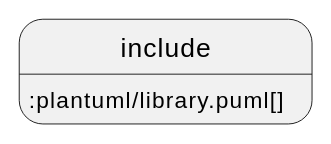
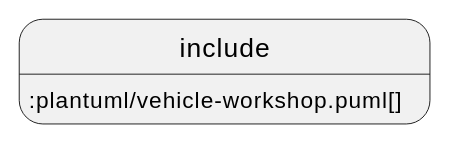
One commit to 2122-4ahif-nvs/01-microproject-markusremplbauer changed the diagram in asciidocs/index.adoc. Above: the diagram before and after it, drawn with PlantUML. The commit also changed 16 other files, not shown here.

Commit message:
update project to vehicle workshop

```diff
--- a/asciidocs/index.adoc
+++ b/asciidocs/index.adoc
@@ -12,4 +12,4 @@
 [plantuml, cld, png, align=left]
 ----
-include::plantuml/library.puml[]
+include::plantuml/vehicle-workshop.puml[]
 ----
```
